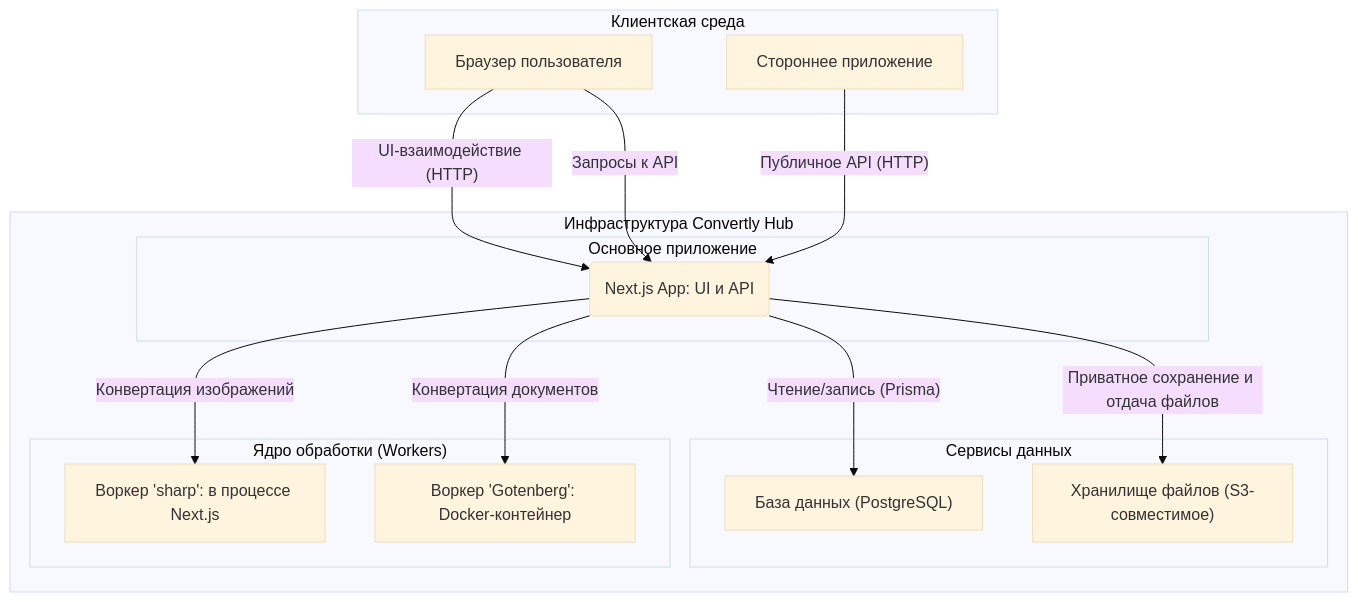
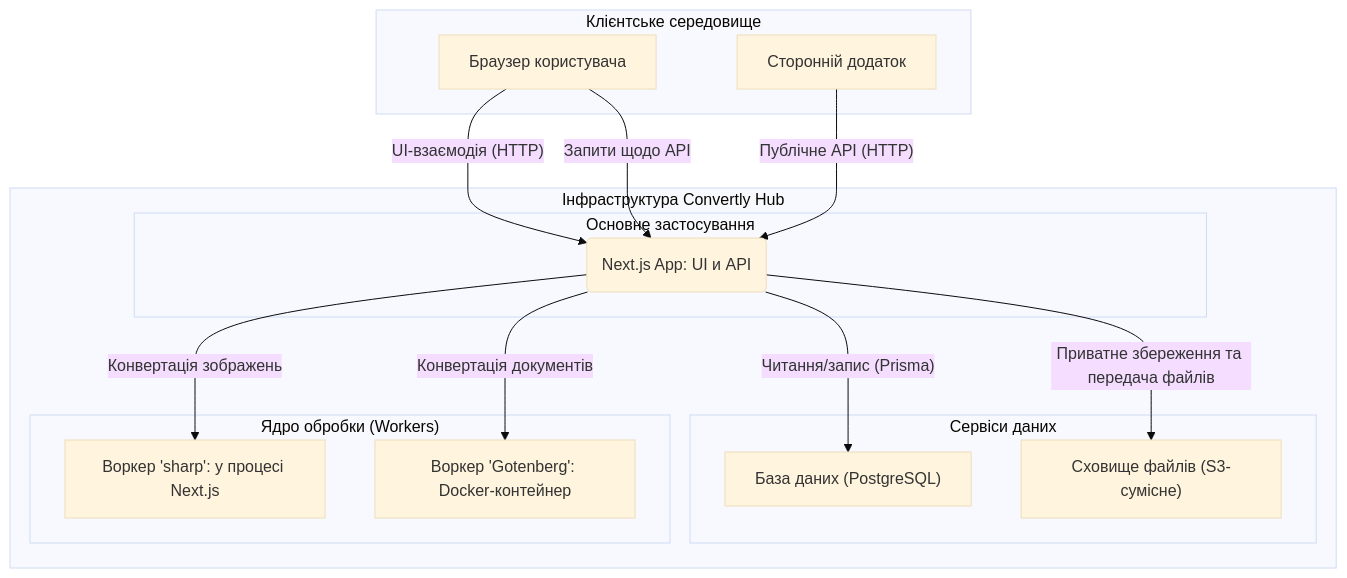
Before and after one commit to OlegBon/ip-js_plus_deep_ai-2026-07: the first of 2 diagrams in convertly-hub/docs/architecture.md, drawn with Mermaid (base theme). The commit also changed other lines of this file and 171 other files, not shown here.

````diff
--- a/convertly-hub/docs/architecture.md
+++ b/convertly-hub/docs/architecture.md
@@ -21,33 +21,33 @@
 ```mermaid
 graph TD
-    subgraph "Клиентская среда"
-        A[Браузер пользователя]
-        B[Стороннее приложение]
+    subgraph "Клієнтське середовище"
+        A[Браузер користувача]
+        B[Сторонній додаток]
     end
 
-    subgraph "Инфраструктура Convertly Hub"
-        subgraph "Основное приложение"
+    subgraph "Інфраструктура Convertly Hub"
+        subgraph "Основне застосування"
             C(Next.js App: UI и API)
         end
 
-        subgraph "Сервисы данных"
-            E["База данных (PostgreSQL)"]
-            F["Хранилище файлов (S3-совместимое)"]
+        subgraph "Сервіси даних"
+            E["База даних (PostgreSQL)"]
+            F["Сховище файлів (S3-сумісне)"]
         end
 
-        subgraph "Ядро обработки (Workers)"
-            G["Воркер 'sharp': в процессе Next.js"]
+        subgraph "Ядро обробки (Workers)"
+            G["Воркер 'sharp': у процесі Next.js"]
             H["Воркер 'Gotenberg': Docker-контейнер"]
         end
     end
 
-    A -- "UI-взаимодействие (HTTP)" --> C
-    A -- "Запросы к API" --> C
+    A -- "UI-взаємодія (HTTP)" --> C
+    A -- "Запити щодо API" --> C
 
-    B -- "Публичное API (HTTP)" --> C
+    B -- "Публічне API (HTTP)" --> C
 
-    C -- "Чтение/запись (Prisma)" --> E
-    C -- "Приватное сохранение и отдача файлов" --> F
-    C -- "Конвертация изображений" --> G
-    C -- "Конвертация документов" --> H
+    C -- "Читання/запис (Prisma)" --> E
+    C -- "Приватне збереження та передача файлів" --> F
+    C -- "Конвертація зображень" --> G
+    C -- "Конвертація документів" --> H
 ```
````
